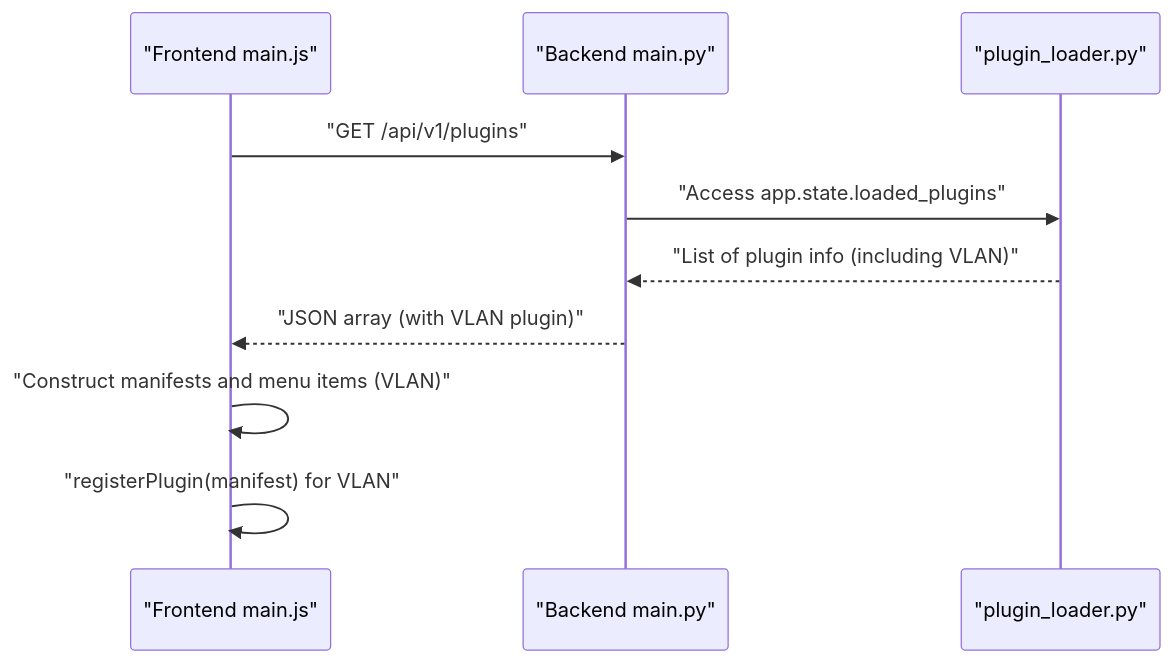
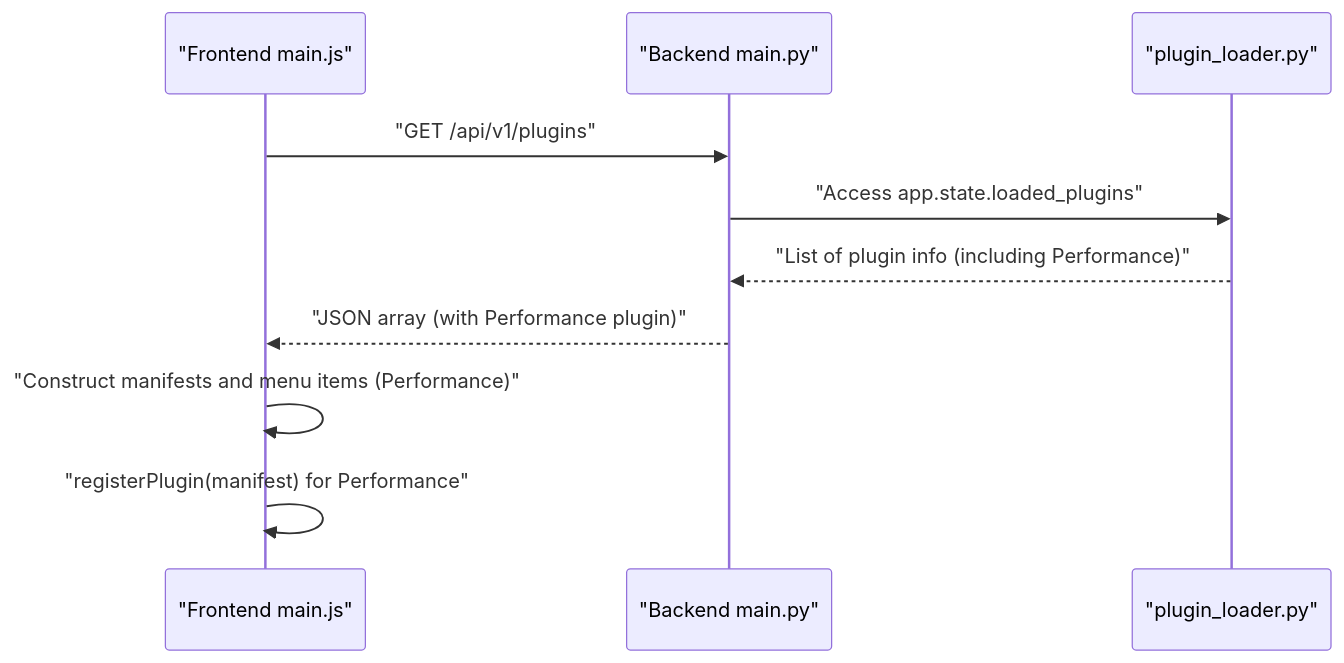
One commit to Nikita5543/New-SSO-02 changed the tenth of 11 diagrams in .qoder/repowiki/en/content/Plugin System Architecture/Frontend Plugin Integration.md. Above: the diagram before and after it, drawn with Mermaid. The commit also changed other lines of this file and 3 other files, not shown here.

````diff
--- a/.qoder/repowiki/en/content/Plugin System Architecture/Frontend Plugin Integration.md
+++ b/.qoder/repowiki/en/content/Plugin System Architecture/Frontend Plugin Integration.md
@@ -419,12 +418,12 @@
 ```mermaid
 sequenceDiagram
 participant FE as "Frontend main.js"
 participant BE as "Backend main.py"
 participant PL as "plugin_loader.py"
 FE->>BE : "GET /api/v1/plugins"
 BE->>PL : "Access app.state.loaded_plugins"
-PL-->>BE : "List of plugin info (including VLAN)"
-BE-->>FE : "JSON array (with VLAN plugin)"
-FE->>FE : "Construct manifests and menu items (VLAN)"
-FE->>FE : "registerPlugin(manifest) for VLAN"
+PL-->>BE : "List of plugin info (including Performance)"
+BE-->>FE : "JSON array (with Performance plugin)"
+FE->>FE : "Construct manifests and menu items (Performance)"
+FE->>FE : "registerPlugin(manifest) for Performance"
 ```
````
